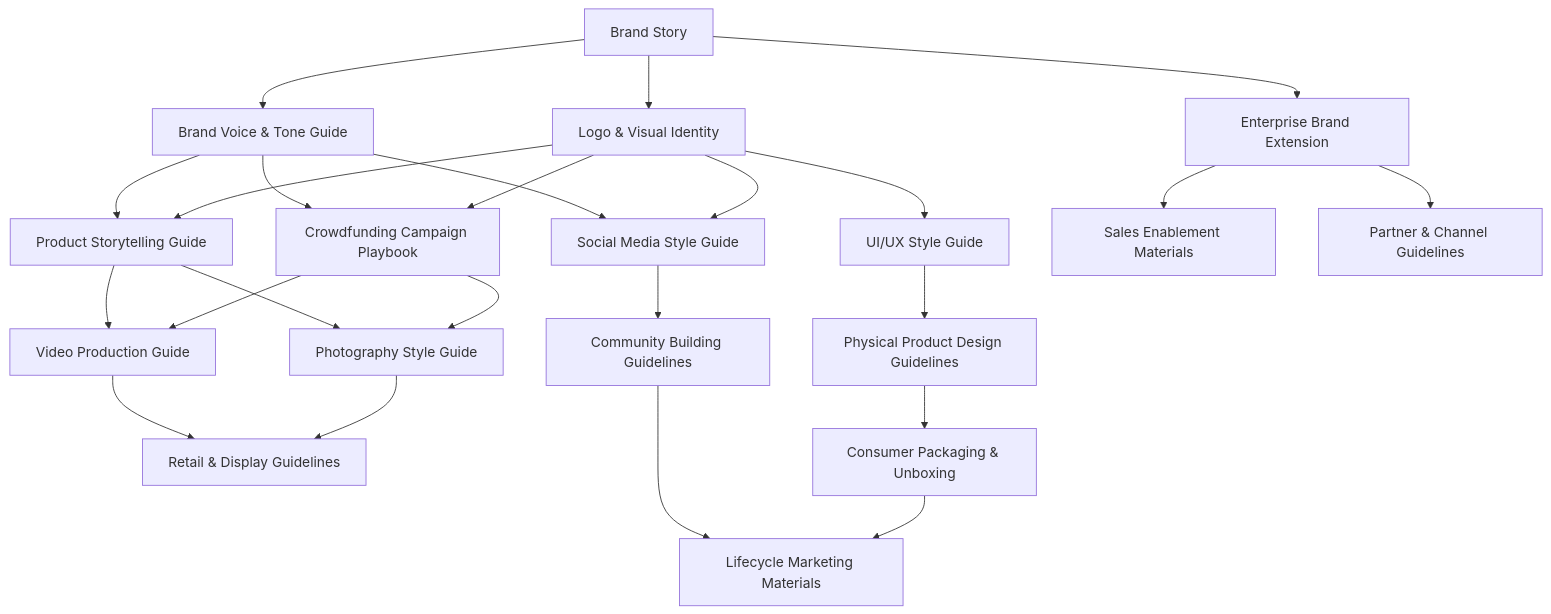
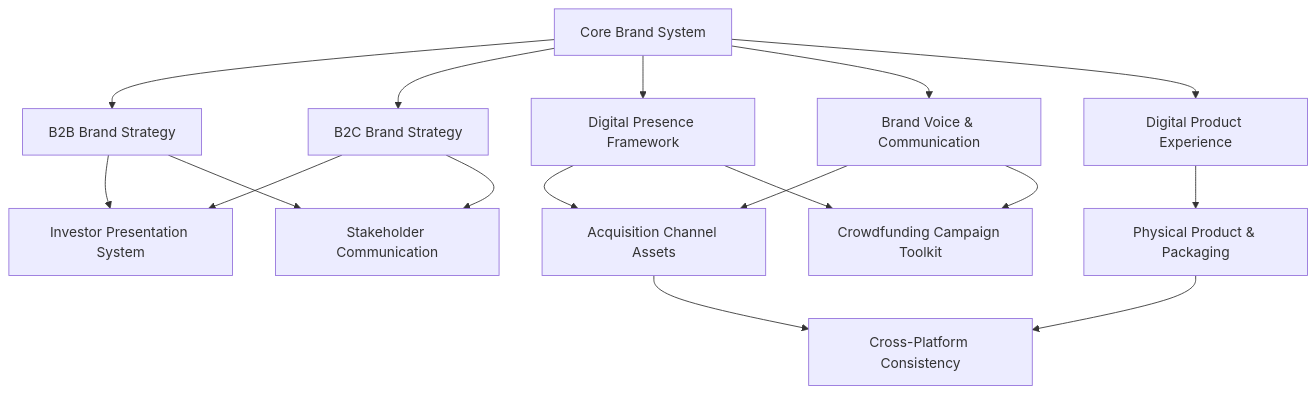
Before and after one commit to Sheshiyer/research-bms-heyzack: the diagram in Branding/todo.md, drawn with Mermaid. The commit also changed other lines of this file and 15 other files, not shown here.

Commit message:
Refactor brand story and logomark to focus on B2B building management platform

````diff
--- a/Branding/todo.md
+++ b/Branding/todo.md
@@ -160,26 +131,19 @@
 ```mermaid
 graph TD
-    A[Brand Story] --> B[Logo & Visual Identity]
-    A --> C[Brand Voice & Tone Guide]
-    B --> D[Crowdfunding Campaign Playbook]
-    C --> D
-    B --> E[Product Storytelling Guide]
+    A[Core Brand System] --> B[B2B Brand Strategy]
+    A --> C[B2C Brand Strategy]
+    A --> D[Digital Presence Framework]
+    B --> E[Investor Presentation System]
     C --> E
-    B --> F[Social Media Style Guide]
-    C --> F
-    D --> G[Photography Style Guide]
-    E --> G
-    D --> H[Video Production Guide]
-    E --> H
-    B --> I[UI/UX Style Guide]
-    I --> J[Physical Product Design Guidelines]
-    G --> K[Retail & Display Guidelines]
-    H --> K
-    A --> L[Enterprise Brand Extension]
-    L --> M[Sales Enablement Materials]
-    L --> N[Partner & Channel Guidelines]
-    J --> O[Consumer Packaging & Unboxing]
-    F --> P[Community Building Guidelines]
-    O --> Q[Lifecycle Marketing Materials]
-    P --> Q
+    D --> F[Acquisition Channel Assets]
+    B --> G[Stakeholder Communication]
+    C --> G
+    D --> H[Crowdfunding Campaign Toolkit]
+    A --> I[Brand Voice & Communication]
+    I --> F
+    I --> H
+    A --> J[Digital Product Experience]
+    J --> K[Physical Product & Packaging]
+    F --> L[Cross-Platform Consistency]
+    K --> L
 ```
````
